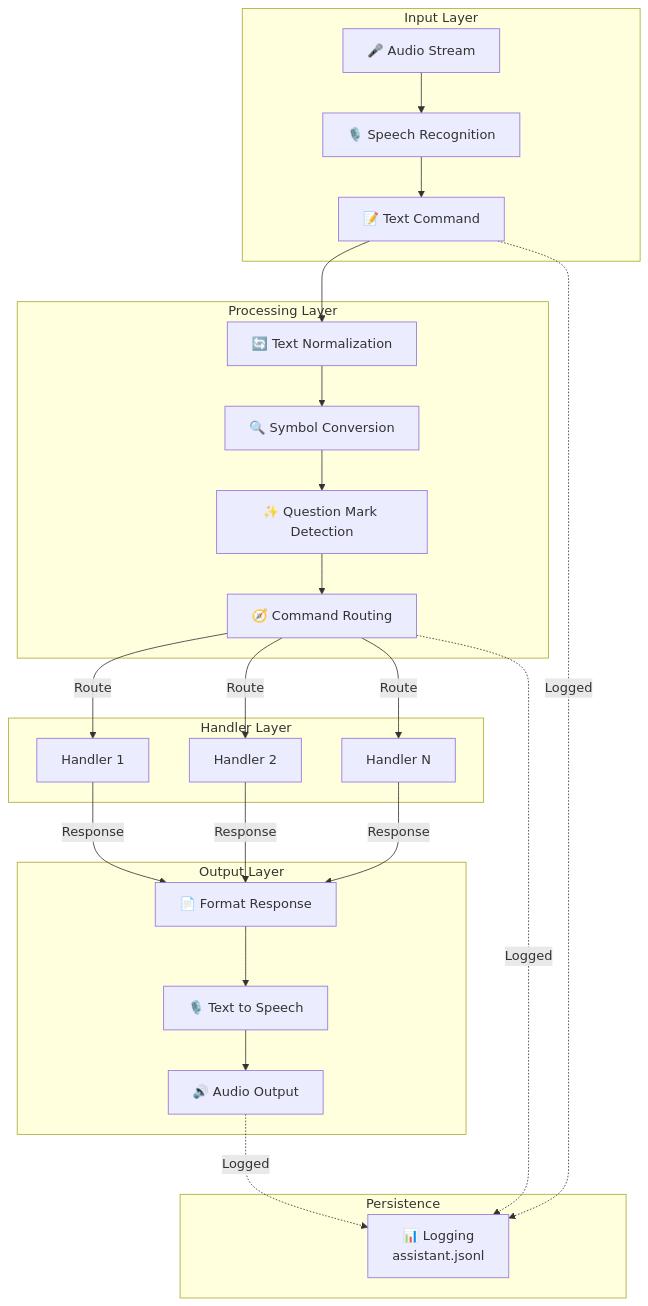
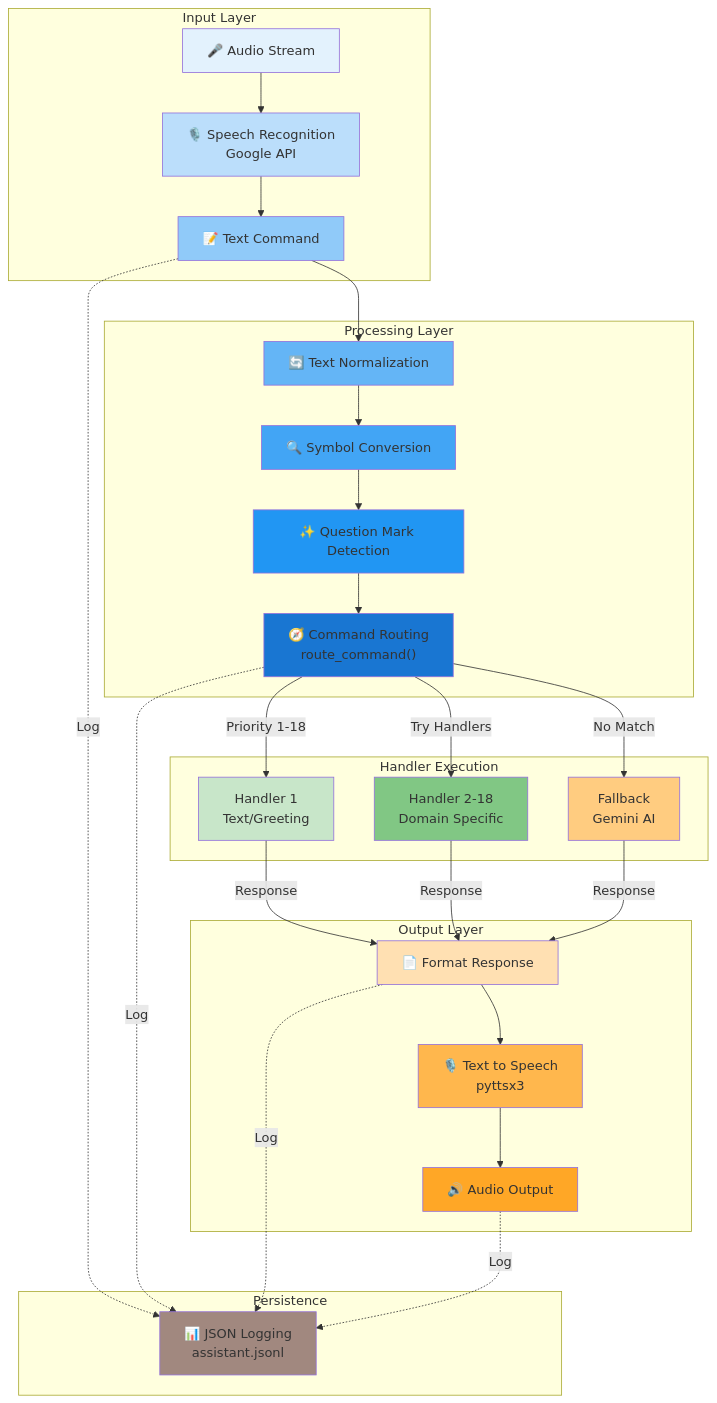
Before and after one commit to KGFCH2/OIBSIP: the fourth of 4 diagrams in Voice Assistant/EchoMind AI/README.md, drawn with Mermaid. The commit also changed other lines of this file and 7 other files, not shown here.

````diff
--- a/Voice Assistant/EchoMind AI/README.md
+++ b/Voice Assistant/EchoMind AI/README.md
@@ -268,53 +297,69 @@
 ```mermaid
 graph TB
     subgraph "Input Layer"
         A["🎤 Audio Stream"]
-        B["🎙️ Speech Recognition"]
+        B["🎙️ Speech Recognition<br/>Google API"]
         C["📝 Text Command"]
     end
     
     subgraph "Processing Layer"
         D["🔄 Text Normalization"]
         E["🔍 Symbol Conversion"]
         F["✨ Question Mark Detection"]
-        G["🧭 Command Routing"]
+        G["🧭 Command Routing<br/>route_command()"]
     end
     
-    subgraph "Handler Layer"
-        H1["Handler 1"]
-        H2["Handler 2"]
-        H3["Handler N"]
+    subgraph "Handler Execution"
+        H1["Handler 1<br/>Text/Greeting"]
+        H2["Handler 2-18<br/>Domain Specific"]
+        H3["Fallback<br/>Gemini AI"]
     end
     
     subgraph "Output Layer"
         I["📄 Format Response"]
-        J["🎙️ Text to Speech"]
+        J["🎙️ Text to Speech<br/>pyttsx3"]
         K["🔊 Audio Output"]
     end
     
     subgraph "Persistence"
-        L["📊 Logging<br/>assistant.jsonl"]
+        L["📊 JSON Logging<br/>assistant.jsonl"]
     end
     
     A --> B
     B --> C
     C --> D
     D --> E
     E --> F
     F --> G
     
-    G -->|Route| H1
-    G -->|Route| H2
-    G -->|Route| H3
+    G -->|Priority 1-18| H1
+    G -->|Try Handlers| H2
+    G -->|No Match| H3
     
     H1 -->|Response| I
     H2 -->|Response| I
     H3 -->|Response| I
     
     I --> J
     J --> K
     
-    K -.->|Logged| L
-    C -.->|Logged| L
-    G -.->|Logged| L
+    C -.->|Log| L
+    G -.->|Log| L
+    I -.->|Log| L
+    K -.->|Log| L
+    
+    style A fill:#e3f2fd
+    style B fill:#bbdefb
+    style C fill:#90caf9
+    style D fill:#64b5f6
+    style E fill:#42a5f5
+    style F fill:#2196f3
+    style G fill:#1976d2
+    style H1 fill:#c8e6c9
+    style H2 fill:#81c784
+    style H3 fill:#ffcc80
+    style I fill:#ffe0b2
+    style J fill:#ffb74d
+    style K fill:#ffa726
+    style L fill:#a1887f
 ```
````
